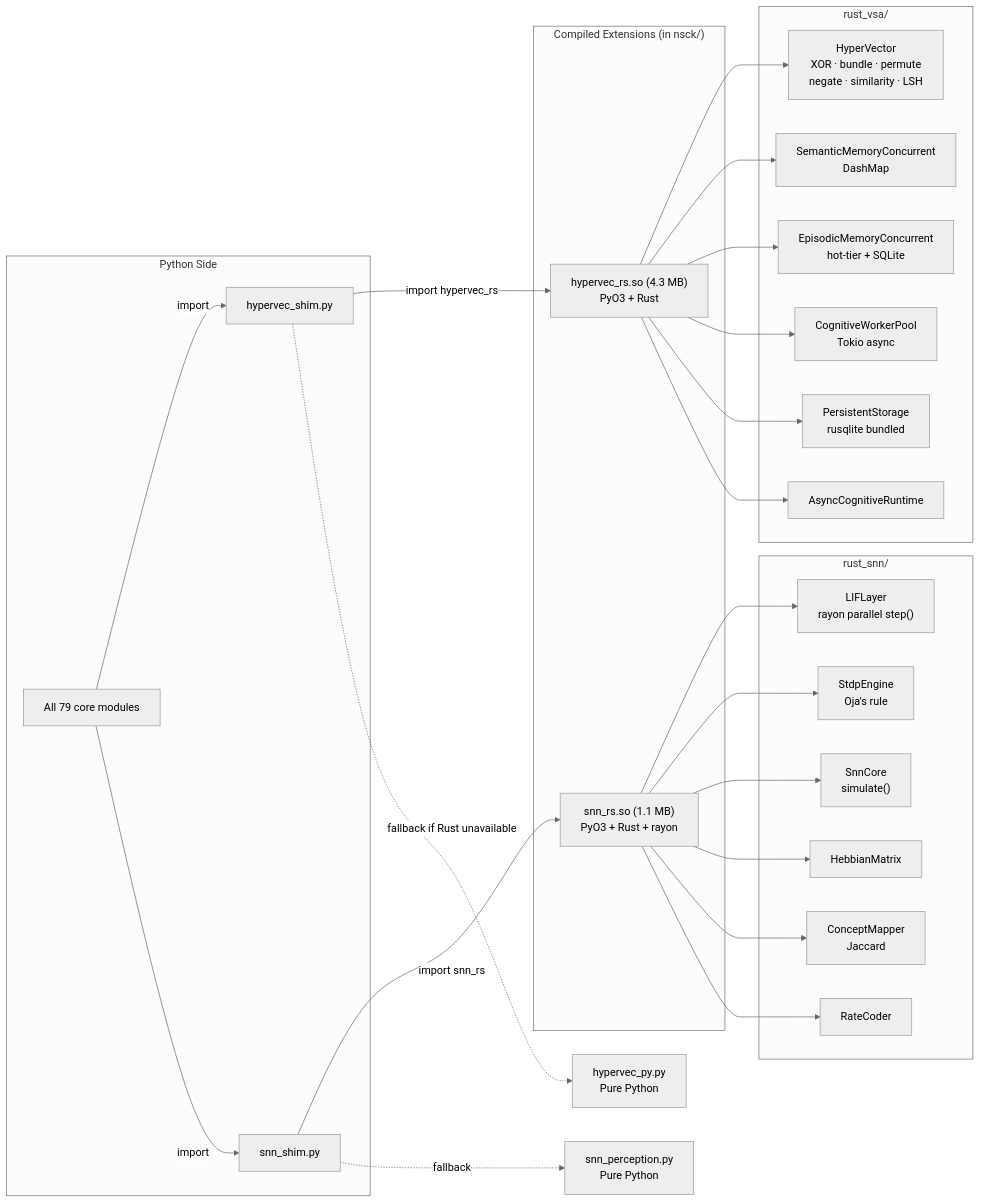
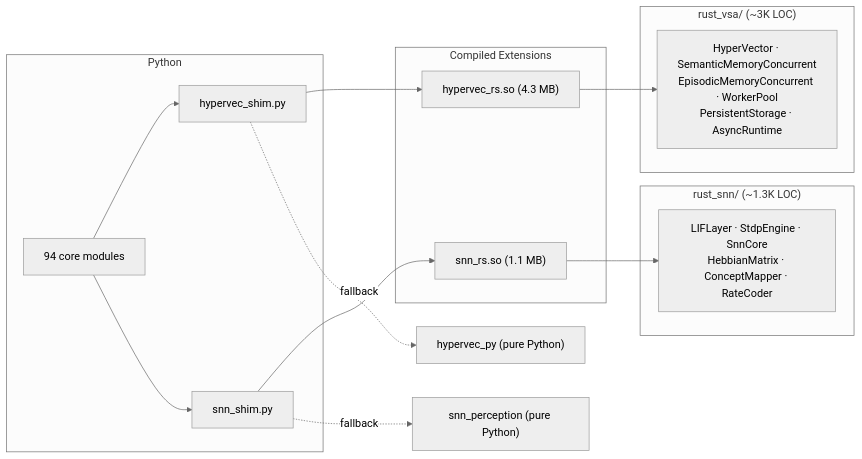
The third of 3 diagrams in nsck/docs/REPOMAP.md (shiva2321/Neuro-Symbolic-Cognitive-Kernel), drawn with Mermaid (neutral theme) before and after one commit. The commit also changed other lines of this file, not shown here.

First line of the commit message:
Rewrite REPOMAP.md for NSCK V13 with accurate codebase metrics

````diff
--- a/nsck/docs/REPOMAP.md
+++ b/nsck/docs/REPOMAP.md
@@ -347,51 +198,27 @@
 ```mermaid
 graph LR
-    subgraph Python["Python Side"]
-        Shim["hypervec_shim.py"]
-        Core["All 79 core modules"]
-        SNNShim["snn_shim.py"]
+    subgraph Python
+        SHIM["hypervec_shim.py"]
+        SSHIM["snn_shim.py"]
+        MOD["94 core modules"]
     end
 
-    subgraph Compiled["Compiled Extensions (in nsck/)"]
-        PyO3VSA["hypervec_rs.so (4.3 MB)<br/>PyO3 + Rust"]
-        PyO3SNN["snn_rs.so (1.1 MB)<br/>PyO3 + Rust + rayon"]
+    subgraph Compiled["Compiled Extensions"]
+        VSA_SO["hypervec_rs.so (4.3 MB)"]
+        SNN_SO["snn_rs.so (1.1 MB)"]
     end
 
-    subgraph RustVSA["rust_vsa/"]
-        RHV["HyperVector<br/>XOR · bundle · permute<br/>negate · similarity · LSH"]
-        RSem["SemanticMemoryConcurrent<br/>DashMap"]
-        REpi["EpisodicMemoryConcurrent<br/>hot-tier + SQLite"]
-        RPool["CognitiveWorkerPool<br/>Tokio async"]
-        RPers["PersistentStorage<br/>rusqlite bundled"]
-        RAsync["AsyncCognitiveRuntime"]
+    subgraph rust_vsa["rust_vsa/ (~3K LOC)"]
+        RV["HyperVector · SemanticMemoryConcurrent<br/>EpisodicMemoryConcurrent · WorkerPool<br/>PersistentStorage · AsyncRuntime"]
     end
 
-    subgraph RustSNN["rust_snn/"]
-        RLIF["LIFLayer<br/>rayon parallel step()"]
-        RStdp["StdpEngine<br/>Oja's rule"]
-        RSCore["SnnCore<br/>simulate()"]
-        RHebb["HebbianMatrix"]
-        RConcept["ConceptMapper<br/>Jaccard"]
-        RRate["RateCoder"]
+    subgraph rust_snn["rust_snn/ (~1.3K LOC)"]
+        RS["LIFLayer · StdpEngine · SnnCore<br/>HebbianMatrix · ConceptMapper · RateCoder"]
     end
 
-    Core -->|"import"| Shim
-    Core -->|"import"| SNNShim
-    Shim -->|"import hypervec_rs"| PyO3VSA
-    SNNShim -->|"import snn_rs"| PyO3SNN
-    PyO3VSA --> RHV
-    PyO3VSA --> RSem
-    PyO3VSA --> REpi
-    PyO3VSA --> RPool
-    PyO3VSA --> RPers
-    PyO3VSA --> RAsync
-    PyO3SNN --> RLIF
-    PyO3SNN --> RStdp
-    PyO3SNN --> RSCore
-    PyO3SNN --> RHebb
-    PyO3SNN --> RConcept
-    PyO3SNN --> RRate
-
-    Shim -.->|"fallback if Rust unavailable"| FallPy["hypervec_py.py<br/>Pure Python"]
-    SNNShim -.->|"fallback"| FallSNN["snn_perception.py<br/>Pure Python"]
+    MOD --> SHIM & SSHIM
+    SHIM --> VSA_SO --> RV
+    SSHIM --> SNN_SO --> RS
+    SHIM -.->|"fallback"| FP["hypervec_py (pure Python)"]
+    SSHIM -.->|"fallback"| FS["snn_perception (pure Python)"]
 ```
````
